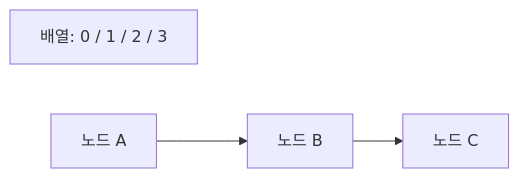
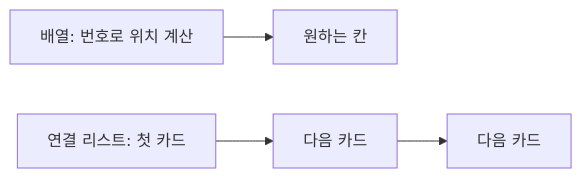
The diagram in content/topics/arrays-linked-lists.md (moocongpapa/it-study), drawn with Mermaid before and after one commit. The commit also changed other lines of this file and 71 other files, not shown here.

````diff
--- a/content/topics/arrays-linked-lists.md
+++ b/content/topics/arrays-linked-lists.md
@@ -6,5 +20,5 @@
 ```mermaid
 flowchart LR
-  A["배열: 0 / 1 / 2 / 3"]
-  B["노드 A"] --> C["노드 B"] --> D["노드 C"]
+ A["배열: 번호로 위치 계산"] --> B["원하는 칸"]
+ C["연결 리스트: 첫 카드"] --> D["다음 카드"] --> E["다음 카드"]
 ```
````
